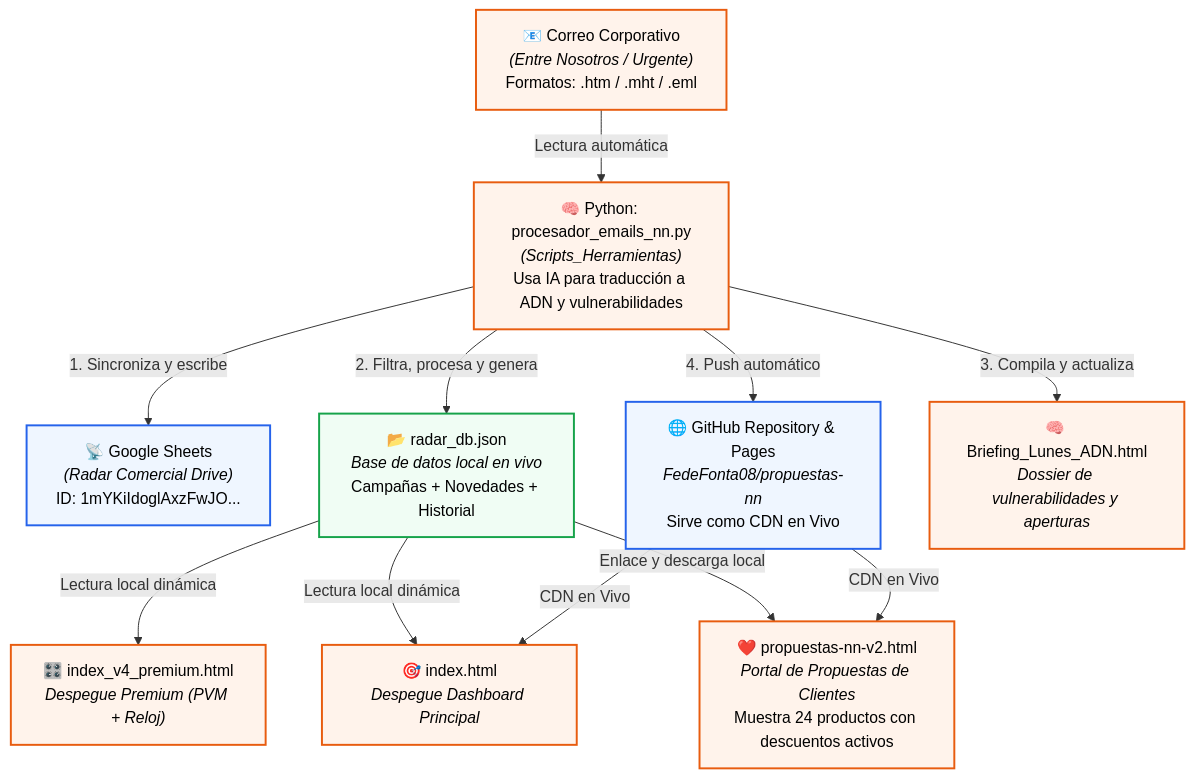
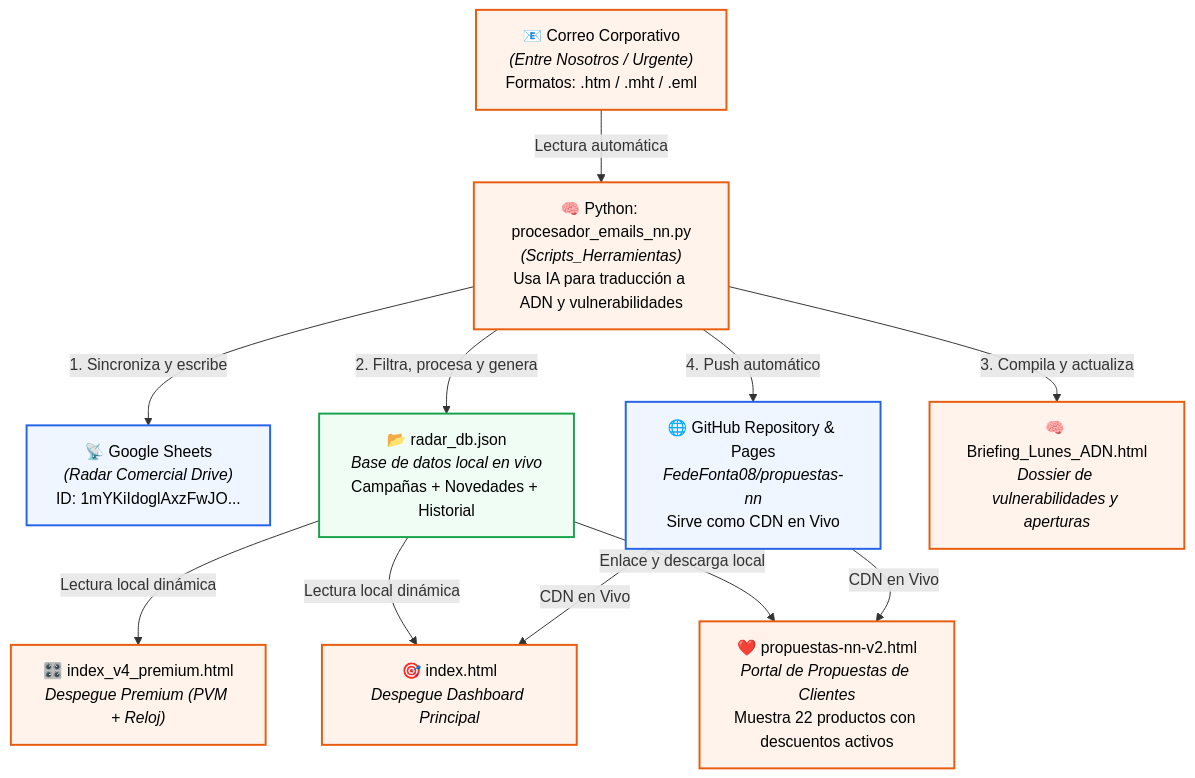
One commit to FedeFonta08/propuestas-nn changed the diagram in MAPA_ARQUITECTURA.md. Above: the diagram before and after it, drawn with Mermaid. The commit also changed other lines of this file and 3 other files, not shown here.

````diff
--- a/MAPA_ARQUITECTURA.md
+++ b/MAPA_ARQUITECTURA.md
@@ -5,50 +5,50 @@
 ```mermaid
 flowchart TB
     %% Estilo del Diagrama
     classDef main fill:#FFF3EB,stroke:#e85c0f,stroke-width:2px,color:#000000;
     classDef db fill:#F0FDF4,stroke:#16A34A,stroke-width:2px,color:#000000;
     classDef cloud fill:#EFF6FF,stroke:#2563EB,stroke-width:2px,color:#000000;
     classDef static fill:#F8FAFC,stroke:#64748B,stroke-width:1px,color:#64748B;
 
     %% Nodos de Entrada
     Mail["📧 Correo Corporativo <br><i>(Entre Nosotros / Urgente)</i><br>Formatos: .htm / .mht / .eml"]:::main
 
     %% Procesador Backend
     Script["🧠 Python: procesador_emails_nn.py<br><i>(Scripts_Herramientas)</i><br>Usa IA para traducción a ADN y vulnerabilidades"]:::main
 
     %% Nube
     Sheets["📡 Google Sheets<br><i>(Radar Comercial Drive)</i><br>ID: 1mYKiIdoglAxzFwJO..."]:::cloud
     Github["🌐 GitHub Repository & Pages<br><i>FedeFonta08/propuestas-nn</i><br>Sirve como CDN en Vivo"]:::cloud
 
     %% Base de Datos Local
     DB["📂 radar_db.json<br><i>Base de datos local en vivo</i><br>Campañas + Novedades + Historial"]:::db
 
     %% Interfaces del Agente (Fede)
     Dash["🎯 index.html<br><i>Despegue Dashboard Principal</i>"]:::main
     DashPrem["🎛️ index_v4_premium.html<br><i>Despegue Premium (PVM + Reloj)</i>"]:::main
     Briefing["🧠 Briefing_Lunes_ADN.html<br><i>Dossier de vulnerabilidades y aperturas</i>"]:::main
 
     %% Interfaz del Cliente
-    Portal["❤️ propuestas-nn-v2.html<br><i>Portal de Propuestas de Clientes</i><br>Muestra 24 productos con descuentos activos"]:::main
+    Portal["❤️ propuestas-nn-v2.html<br><i>Portal de Propuestas de Clientes</i><br>Muestra 22 productos con descuentos activos"]:::main
 
     %% Conexiones e Integraciones
     Mail -->|Lectura automática| Script
     Script -->|1. Sincroniza y escribe| Sheets
     Script -->|2. Filtra, procesa y genera| DB
     Script -->|3. Compila y actualiza| Briefing
     Script -->|4. Push automático| Github
 
     %% Sincronizaciones desde GitHub
     Github -->|CDN en Vivo| Portal
     Github -->|CDN en Vivo| Dash
 
     %% Conexiones Locales
     DB -->|Lectura local dinámica| Dash
     DB -->|Lectura local dinámica| DashPrem
     DB -->|Enlace y descarga local| Portal
 
     %% Indicador de enlaces
     class Dash,DashPrem,Briefing,Portal,Script main;
     class DB db;
     class Sheets,Github cloud;
 ```
````
